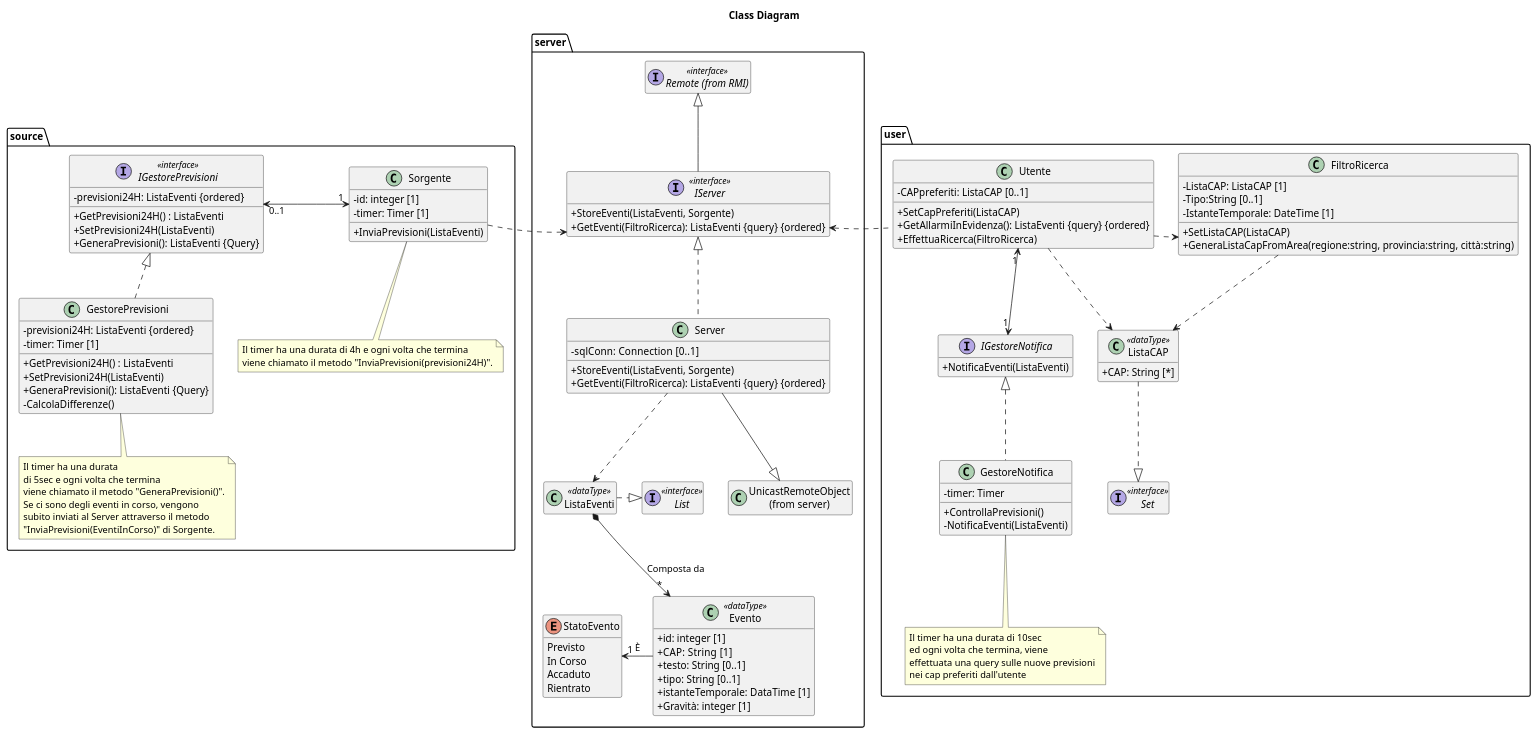
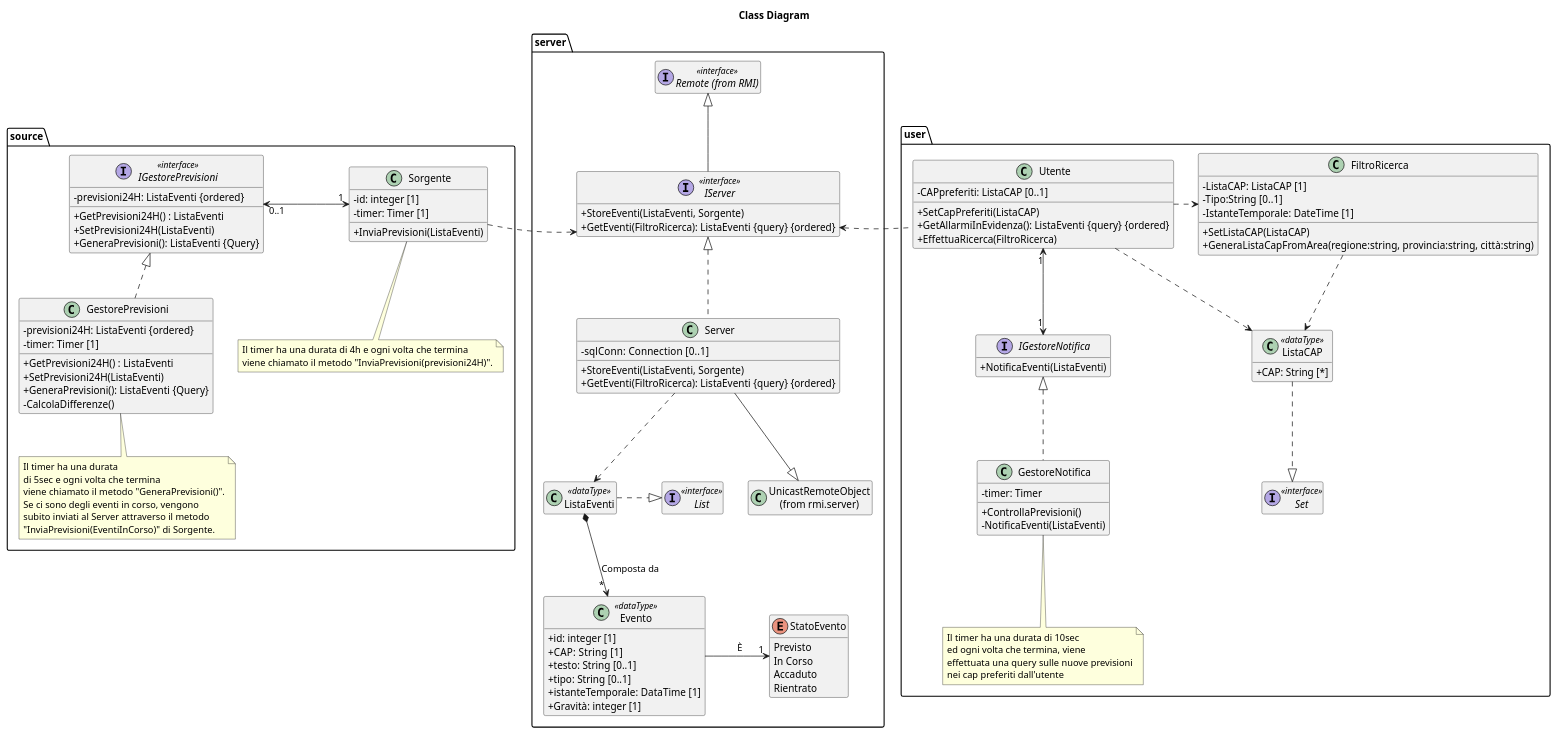
One commit to xFA25E/sweng_14_2019 changed the diagram in docs/diagrams/class.puml. Above: the diagram before and after it, drawn with PlantUML.

Commit message:
Layout only related changes on class.puml

```diff
--- a/docs/diagrams/class.puml
+++ b/docs/diagrams/class.puml
@@ -1,127 +1,126 @@
 @startuml
 title Class Diagram
 package source {
     interface IGestorePrevisioni<<interface>> {
         - previsioni24H: ListaEventi {ordered}
         + GetPrevisioni24H() : ListaEventi
         + SetPrevisioni24H(ListaEventi)
         + GeneraPrevisioni(): ListaEventi {Query}
     }
 
     class GestorePrevisioni {
         - previsioni24H: ListaEventi {ordered}
         - timer: Timer [1]
         + GetPrevisioni24H() : ListaEventi
         + SetPrevisioni24H(ListaEventi)
         + GeneraPrevisioni(): ListaEventi {Query}
         - CalcolaDifferenze()
     }
 
     class Sorgente {
         - id: integer [1]
         - timer: Timer [1]
         + InviaPrevisioni(ListaEventi)
     }
     note bottom of Sorgente: Il timer ha una durata di 4h e ogni volta che termina\nviene chiamato il metodo "InviaPrevisioni(previsioni24H)".
     note bottom of GestorePrevisioni: Il timer ha una durata\ndi 5sec e ogni volta che termina\nviene chiamato il metodo "GeneraPrevisioni()".\nSe ci sono degli eventi in corso, vengono\nsubito inviati al Server attraverso il metodo\n"InviaPrevisioni(EventiInCorso)" di Sorgente.
 
     IGestorePrevisioni "0..1" <-> "1" Sorgente : \t\t\t
     IGestorePrevisioni <|.. GestorePrevisioni
 }
 
 package server{
     interface "Remote (from RMI)" as Remote <<interface>>
 
     interface IServer<<interface>> {
         + StoreEventi(ListaEventi, Sorgente)
         + GetEventi(FiltroRicerca): ListaEventi {query} {ordered}
     }
 
     class Server {
         - sqlConn: Connection  [0..1]
         + StoreEventi(ListaEventi, Sorgente)
         + GetEventi(FiltroRicerca): ListaEventi {query} {ordered}
     }
 
-    class "UnicastRemoteObject\n(from server)" as UnicastRemoteObject
+    class "UnicastRemoteObject\n(from rmi.server)" as UnicastRemoteObject
 
     class ListaEventi <<dataType>>
 
     interface List<<interface>>
 
     class Evento<<dataType>> {
         + id: integer [1]
         + CAP: String  [1]
         + testo: String [0..1]
         + tipo: String [0..1]
         + istanteTemporale: DataTime [1]
         + Gravità: integer [1]
     }
 
     enum StatoEvento {
         Previsto
         In Corso
         Accaduto
         Rientrato
     }
 
     Remote <|-- IServer
     IServer <|.. Server
     Server --|> UnicastRemoteObject
     Server ..> ListaEventi
-    ListaEventi .|> List
+    ListaEventi .|> List: \t
     ListaEventi *--> " * " Evento: Composta da
-    StatoEvento "1 " <- Evento: È
+    Evento -> "1" StatoEvento: \tÈ\t
 }
 
 Sorgente .> IServer
 
 package user {
     class Utente {
         - CAPpreferiti: ListaCAP [0..1]
         + SetCapPreferiti(ListaCAP)
         + GetAllarmiInEvidenza(): ListaEventi {query} {ordered}
         + EffettuaRicerca(FiltroRicerca)
     }
 
     class ListaCAP <<dataType>> {
         + CAP: String [*]
     }
 
     interface Set<<interface>>
 
     class FiltroRicerca {
         - ListaCAP: ListaCAP [1]
         - Tipo:String [0..1]
         - IstanteTemporale: DateTime [1]
         + SetListaCAP(ListaCAP)
         + GeneraListaCapFromArea(regione:string, provincia:string, città:string)
     }
 
     interface IGestoreNotifica {
         + NotificaEventi(ListaEventi)
     }
 
     class GestoreNotifica {
         - timer: Timer
         + ControllaPrevisioni()
         - NotificaEventi(ListaEventi)
     }
     note bottom of GestoreNotifica: Il timer ha una durata di 10sec\ned ogni volta che termina, viene\neffettuata una query sulle nuove previsioni\nnei cap preferiti dall'utente
 
     Utente "1" <--> "1" IGestoreNotifica
     IGestoreNotifica <|.. GestoreNotifica
     Utente .> ListaCAP
     Utente .> FiltroRicerca
     FiltroRicerca ..> ListaCAP
     ListaCAP ..|> Set
 }
 
 IServer <. Utente
 
 'Layout only
 hide empty members
 skinparam classAttributeIconSize 0
-Utente --[hidden]> ListaCAP
-Utente --[hidden]> FiltroRicerca
+IGestoreNotifica -[hidden]> ListaCAP : \t\t\t\t\t\t
 @enduml
```
